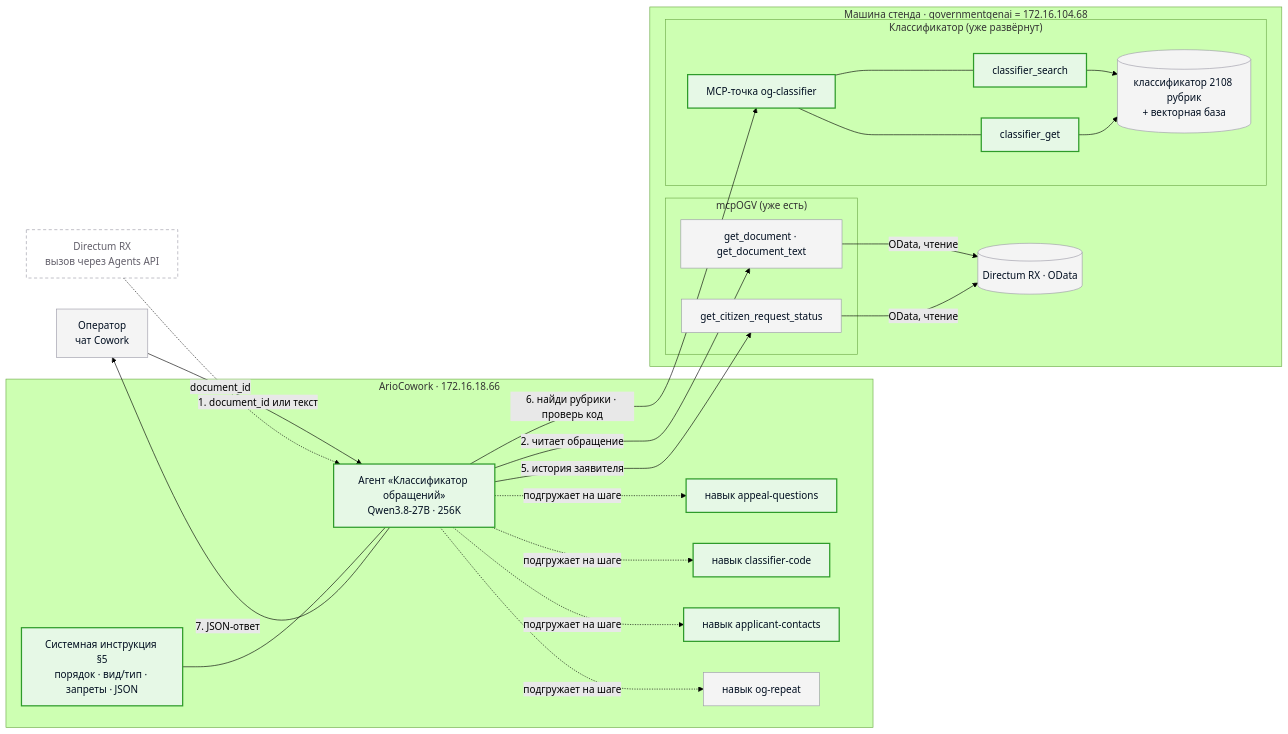
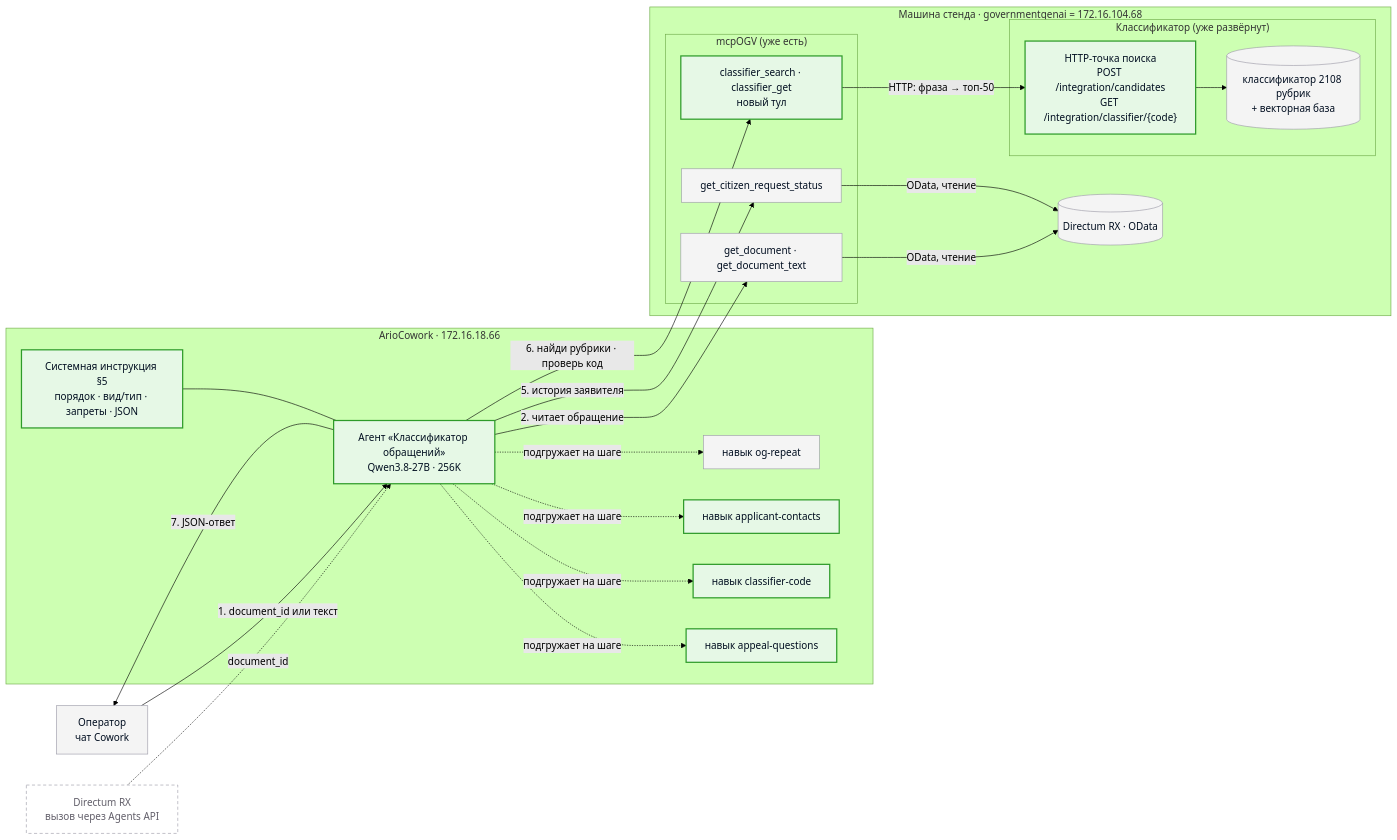
One commit to nikitakorotaevnikita-sudo/Class-OG-Final changed the diagram in docs/superpowers/specs/2026-10-29-cowork-classifier-agent-design.md. Above: the diagram before and after it, drawn with Mermaid (forest theme). The commit also changed other lines of this file and 1 other file, not shown here.

Commit message:
docs(spec,plan): one MCP for the agent — search becomes an mcpOGV tool over a classifier HTTP endpoint

````diff
--- a/docs/superpowers/specs/2026-10-29-cowork-classifier-agent-design.md
+++ b/docs/superpowers/specs/2026-10-29-cowork-classifier-agent-design.md
@@ -80,44 +83,43 @@
 ```mermaid
 flowchart LR
     classDef new fill:#E6F8E6,stroke:#2E9B2A,stroke-width:2px,color:#000E20
     classDef ready fill:#F4F4F4,stroke:#9C9BA8,color:#000E20
     classDef later fill:#FFFFFF,stroke:#9C9BA8,stroke-dasharray:5 4,color:#625F6A
 
     OP["Оператор<br/>чат Cowork"]:::ready
     RXREQ["Directum RX<br/>вызов через Agents API"]:::later
 
     subgraph COWORK["ArioCowork · 172.16.18.66"]
         AG["Агент «Классификатор обращений»<br/>Qwen3.8-27B · 256K"]:::new
         SI["Системная инструкция §5<br/>порядок · вид/тип · запреты · JSON"]:::new
         S1["навык appeal-questions"]:::new
         S2["навык classifier-code"]:::new
         S3["навык applicant-contacts"]:::new
         S4["навык og-repeat"]:::ready
     end
 
     subgraph STAND["Машина стенда · governmentgenai = 172.16.104.68"]
         subgraph CLS["Классификатор (уже развёрнут)"]
-            OGC["MCP-точка og-classifier"]:::new
-            T1["classifier_search"]:::new
-            T2["classifier_get"]:::new
+            API["HTTP-точка поиска<br/>POST /integration/candidates<br/>GET /integration/classifier/{code}"]:::new
             DB[("классификатор 2108 рубрик<br/>+ векторная база")]:::ready
         end
         subgraph OGV["mcpOGV (уже есть)"]
             V1["get_document · get_document_text"]:::ready
             V2["get_citizen_request_status"]:::ready
+            T1["classifier_search · classifier_get<br/>новый тул"]:::new
         end
         RX[("Directum RX · OData")]:::ready
     end
 
     OP -- "1. document_id или текст" --> AG
     RXREQ -. "document_id" .-> AG
     SI --- AG
     AG -. "подгружает на шаге" .-> S1 & S2 & S3 & S4
     AG -- "2. читает обращение" --> V1
     AG -- "5. история заявителя" --> V2
-    AG -- "6. найди рубрики · проверь код" --> OGC
-    OGC --- T1 & T2
-    T1 & T2 --> DB
+    AG -- "6. найди рубрики · проверь код" --> T1
+    T1 -- "HTTP: фраза → топ-50" --> API
+    API --> DB
     V1 & V2 -- "OData, чтение" --> RX
     AG -- "7. JSON-ответ" --> OP
 ```
````
